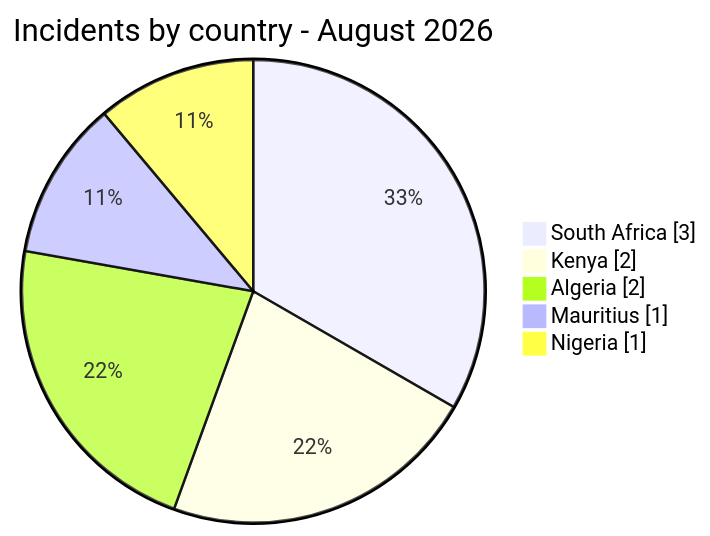
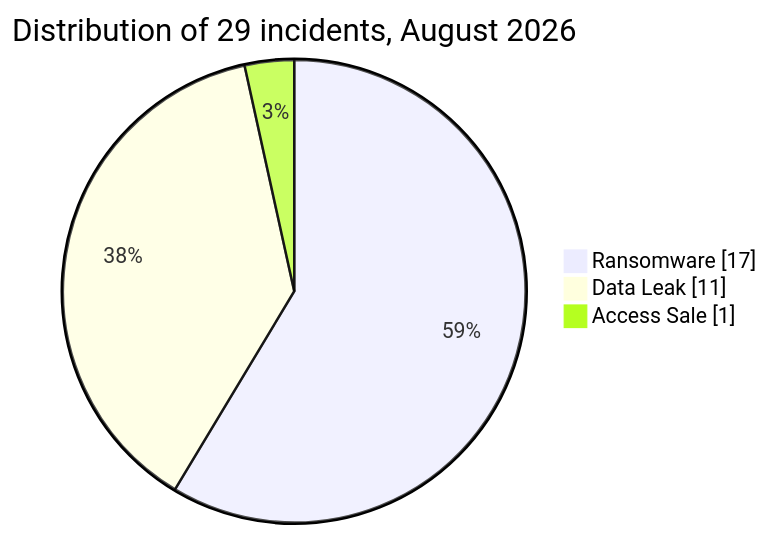
One commit to Hatchepsoute/AFRINTEL changed the diagram in CyberAttackAfrica/2026/08-august/README.md. Above: the diagram before and after it, drawn with Mermaid. The commit also changed other lines of this file and 11 other files, not shown here.

````diff
--- a/CyberAttackAfrica/2026/08-august/README.md
+++ b/CyberAttackAfrica/2026/08-august/README.md
@@ -56,9 +71,7 @@
 ```mermaid
 pie showData
-title Incidents by country - August 2026
-"South Africa" : 3
-"Kenya" : 2
-"Algeria" : 2
-"Mauritius" : 1
-"Nigeria" : 1
+    title Distribution of 29 incidents, August 2026
+    "Ransomware" : 17
+    "Data Leak" : 11
+    "Access Sale" : 1
 ```
````
